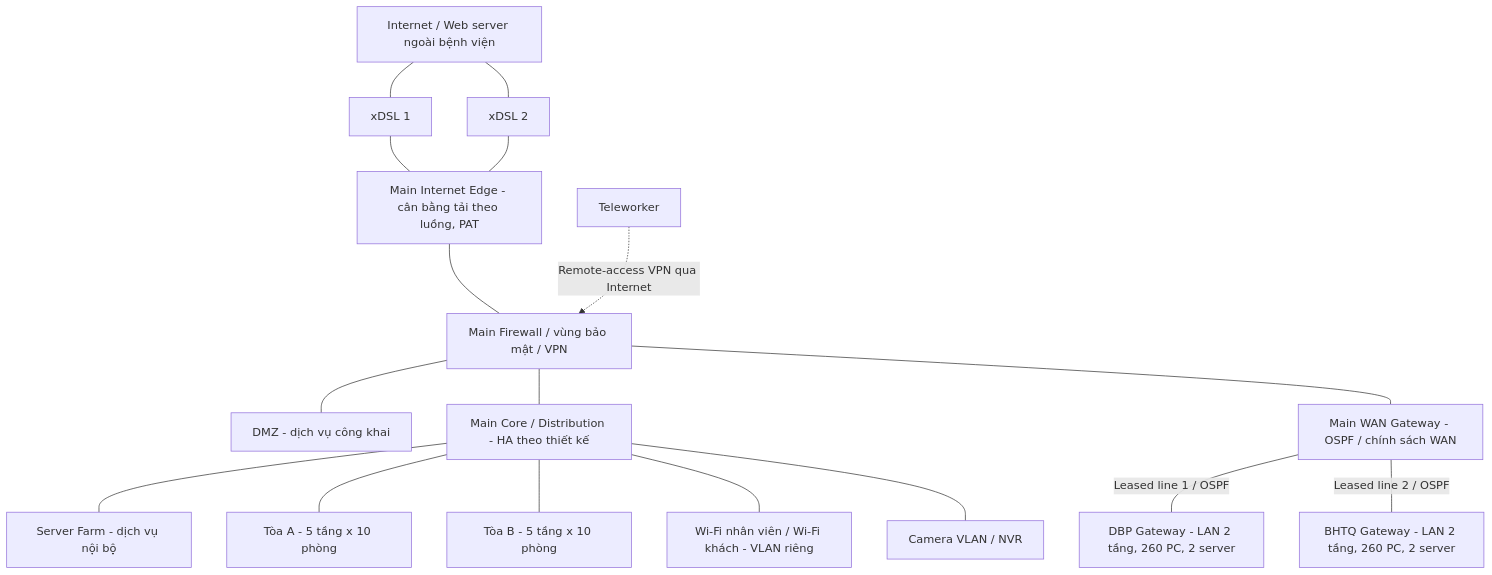
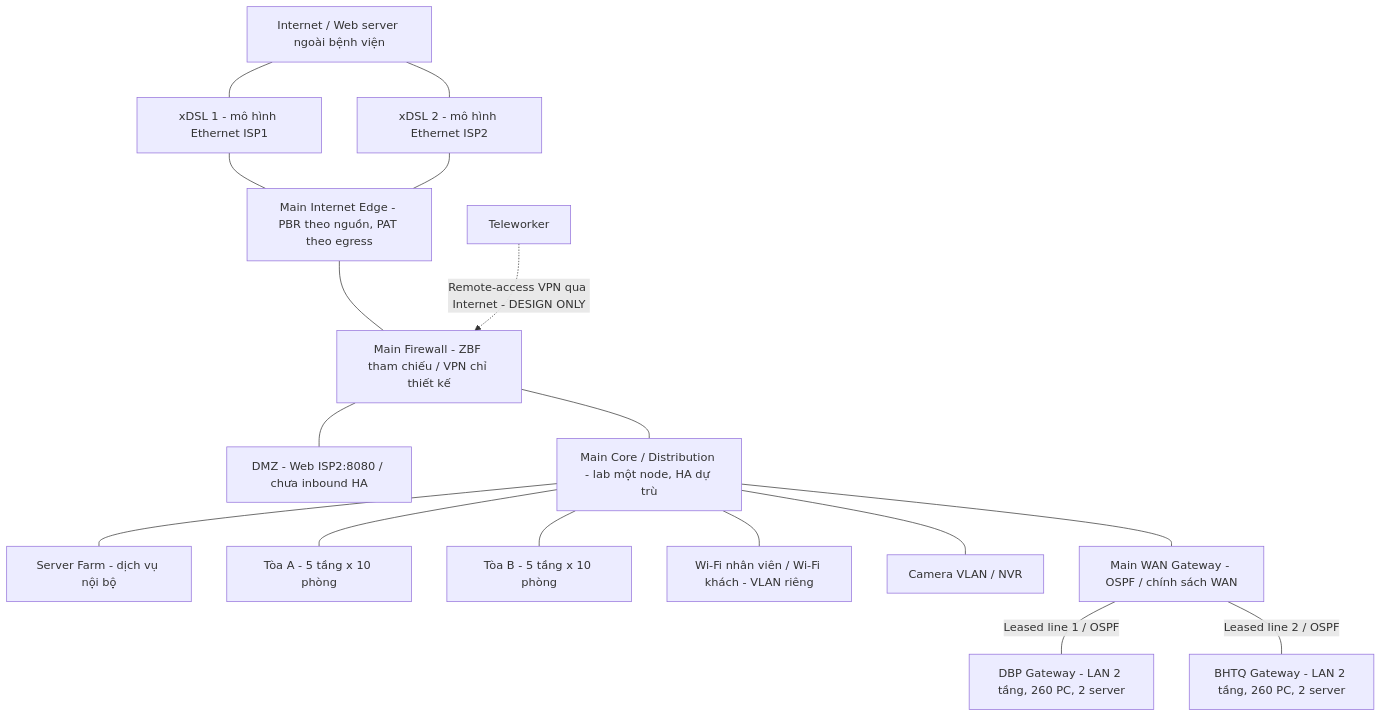
One commit to Dat-nguyen195/BTL_ComputerNetwork changed the diagram in docs/02-design/diagrams/logical-3sites.mmd. Above: the diagram before and after it, drawn with Mermaid. The commit also changed 74 other files, not shown here.

```diff
--- a/docs/02-design/diagrams/logical-3sites.mmd
+++ b/docs/02-design/diagrams/logical-3sites.mmd
@@ -1,33 +1,33 @@
 flowchart TB
     NET["Internet / Web server ngoài bệnh viện"]
-    ISP1["xDSL 1"]
-    ISP2["xDSL 2"]
-    EDGE["Main Internet Edge - cân bằng tải theo luồng, PAT"]
-    SEC["Main Firewall / vùng bảo mật / VPN"]
-    DMZ["DMZ - dịch vụ công khai"]
-    CORE["Main Core / Distribution - HA theo thiết kế"]
+    ISP1["xDSL 1 - mô hình Ethernet ISP1"]
+    ISP2["xDSL 2 - mô hình Ethernet ISP2"]
+    EDGE["Main Internet Edge - PBR theo nguồn, PAT theo egress"]
+    SEC["Main Firewall - ZBF tham chiếu / VPN chỉ thiết kế"]
+    DMZ["DMZ - Web ISP2:8080 / chưa inbound HA"]
+    CORE["Main Core / Distribution - lab một node, HA dự trù"]
     SF["Server Farm - dịch vụ nội bộ"]
     A["Tòa A - 5 tầng x 10 phòng"]
     B["Tòa B - 5 tầng x 10 phòng"]
     WIFI["Wi-Fi nhân viên / Wi-Fi khách - VLAN riêng"]
     CAM["Camera VLAN / NVR"]
     HUB["Main WAN Gateway - OSPF / chính sách WAN"]
     DBP["DBP Gateway - LAN 2 tầng, 260 PC, 2 server"]
     BHTQ["BHTQ Gateway - LAN 2 tầng, 260 PC, 2 server"]
     REMOTE["Teleworker"]
     NET --- ISP1
     NET --- ISP2
     ISP1 --- EDGE
     ISP2 --- EDGE
     EDGE --- SEC
     SEC --- DMZ
     SEC --- CORE
     CORE --- SF
     CORE --- A
     CORE --- B
     CORE --- WIFI
     CORE --- CAM
-    SEC --- HUB
+    CORE --- HUB
     HUB ---|"Leased line 1 / OSPF"| DBP
     HUB ---|"Leased line 2 / OSPF"| BHTQ
-    REMOTE -.->|"Remote-access VPN qua Internet"| SEC
+    REMOTE -.->|"Remote-access VPN qua Internet - DESIGN ONLY"| SEC
```
